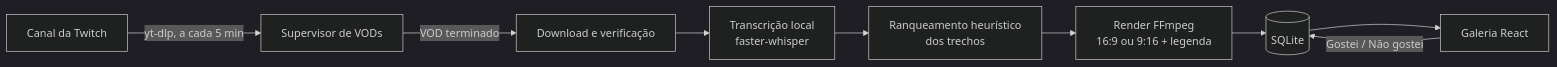
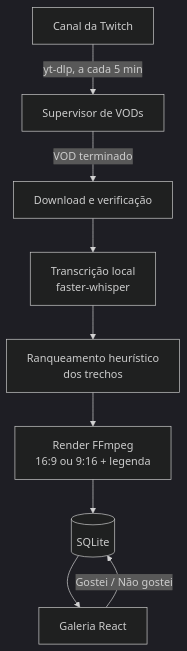
Before and after one commit to 4Kwko/ai-stream-editor: the diagram in README.md, drawn with Mermaid (dark theme). The commit also changed 1 other file, not shown here.

Commit message:
docs: draw the pipeline diagram top-down so it stays legible
The left-to-right layout shrank to an unreadable strip on GitHub.

````diff
--- a/README.md
+++ b/README.md
@@ -13,11 +13,11 @@
 ```mermaid
-flowchart LR
+flowchart TD
     A[Canal da Twitch] -->|yt-dlp, a cada 5 min| B[Supervisor de VODs]
     B -->|VOD terminado| C[Download e verificação]
     C --> D[Transcrição local<br/>faster-whisper]
     D --> E[Ranqueamento heurístico<br/>dos trechos]
     E --> F[Render FFmpeg<br/>16:9 ou 9:16 + legenda]
     F --> G[(SQLite)]
     G --> H[Galeria React]
     H -->|Gostei / Não gostei| G
 ```
````
